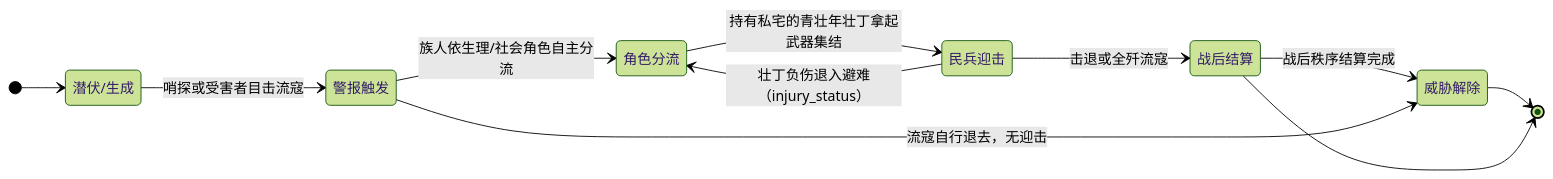
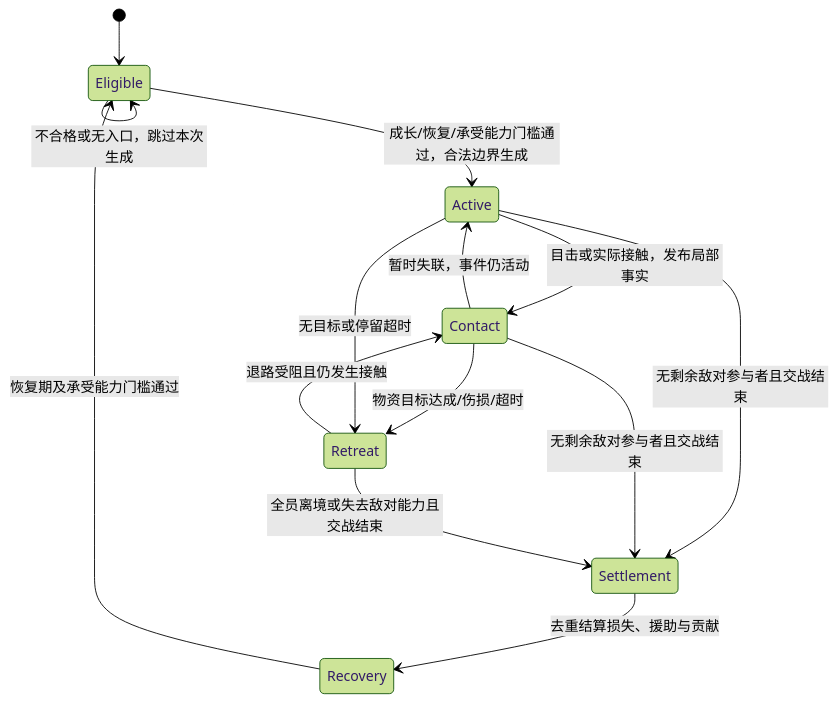
Before and after one commit to g39088902/FlowAndAccord: the diagram in docs/plan/tech/05-hunting-defense.md, drawn with Mermaid (forest theme). The commit also changed other lines of this file and 3 other files, not shown here.

````diff
--- a/docs/plan/tech/05-hunting-defense.md
+++ b/docs/plan/tech/05-hunting-defense.md
@@ -13,20 +11,16 @@
 ```mermaid
 stateDiagram-v2
-    direction LR
-    [*] --> A
-    A --> B : 哨探或受害者目击流寇
-    B --> C : 族人依生理/社会角色自主分流
-    C --> D : 持有私宅的青壮年壮丁拿起武器集结
-    D --> E : 击退或全歼流寇
-    E --> F : 战后秩序结算完成
-    B --> F : 流寇自行退去，无迎击
-    D --> C : 壮丁负伤退入避难（injury_status）
-    F --> [*]
-    E --> [*]
-    A : 潜伏/生成
-    B : 警报触发
-    C : 角色分流
-    D : 民兵迎击
-    E : 战后结算
-    F : 威胁解除
+    [*] --> Eligible
+    Eligible --> Active : 成长/恢复/承受能力门槛通过，合法边界生成
+    Eligible --> Eligible : 不合格或无入口，跳过本次生成
+    Active --> Contact : 目击或实际接触，发布局部事实
+    Contact --> Active : 暂时失联，事件仍活动
+    Contact --> Retreat : 物资目标达成/伤损/超时
+    Active --> Retreat : 无目标或停留超时
+    Retreat --> Contact : 退路受阻且仍发生接触
+    Active --> Settlement : 无剩余敌对参与者且交战结束
+    Contact --> Settlement : 无剩余敌对参与者且交战结束
+    Retreat --> Settlement : 全员离境或失去敌对能力且交战结束
+    Settlement --> Recovery : 去重结算损失、援助与贡献
+    Recovery --> Eligible : 恢复期及承受能力门槛通过
 ```
````
